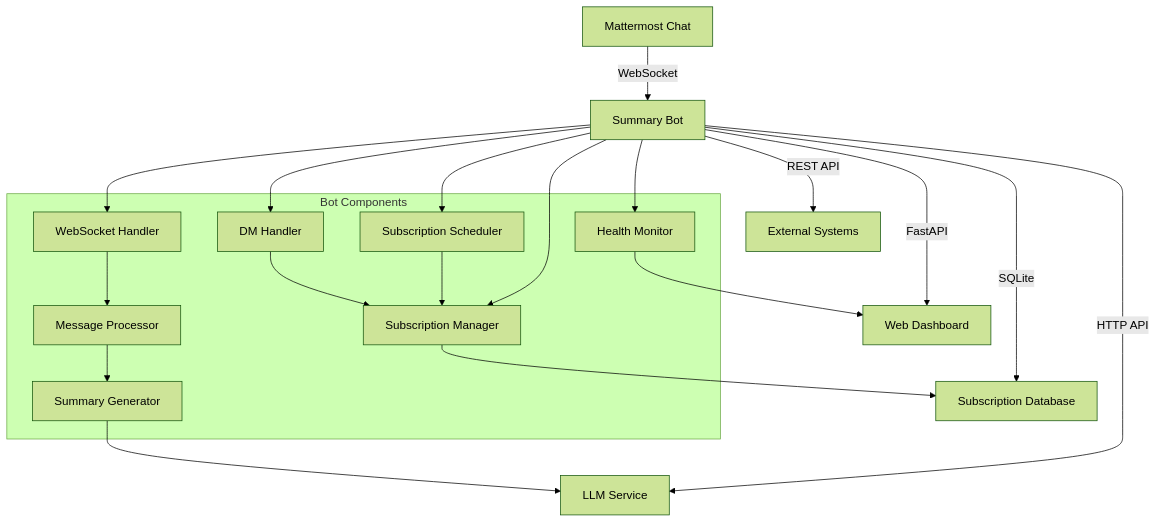
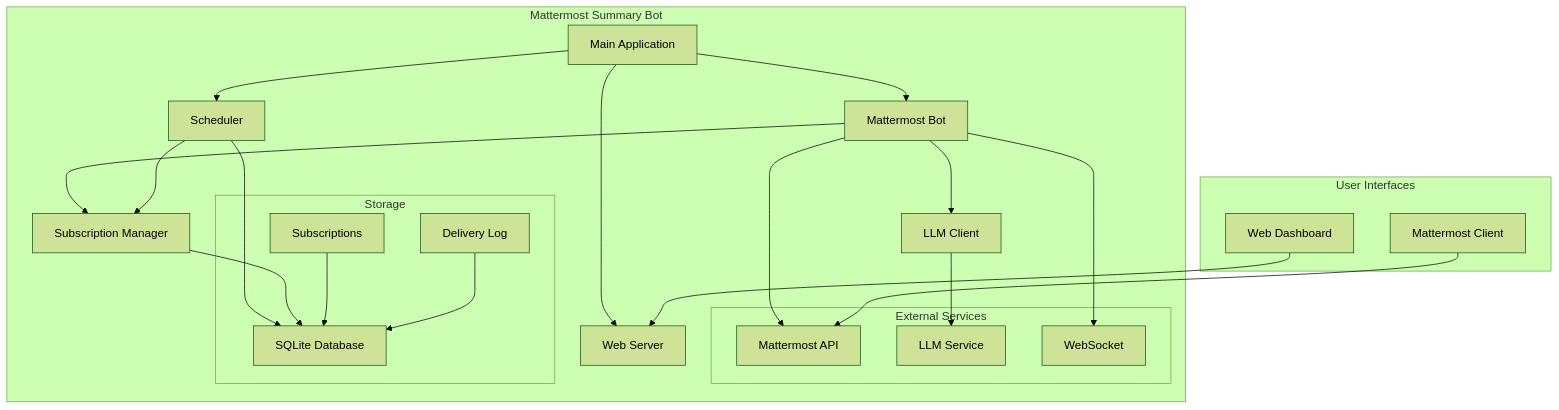
The diagram in README.md (chastnik/mm_bot_summary), drawn with Mermaid (forest theme) before and after one commit. The commit also changed other lines of this file and 10 other files, not shown here.

````diff
--- a/README.md
+++ b/README.md
@@ -40,31 +36,43 @@
 ```mermaid
-graph TD
-    A[Mattermost Chat] -->|WebSocket| B[Summary Bot]
-    B -->|HTTP API| C[LLM Service]
-    B -->|FastAPI| D[Web Dashboard]
-    B -->|REST API| E[External Systems]
-    B -->|SQLite| F[Subscription Database]
-    
-    subgraph "Bot Components"
-        G[WebSocket Handler]
-        H[Message Processor] 
-        I[Summary Generator]
-        J[Health Monitor]
-        K[Subscription Manager]
-        L[Subscription Scheduler]
-        M[DM Handler]
+graph TB
+    subgraph "Mattermost Summary Bot"
+        A[Main Application] --> B[Mattermost Bot]
+        A --> C[Web Server]
+        A --> D[Scheduler]
+        
+        B --> E[Subscription Manager]
+        B --> F[LLM Client]
+        
+        D --> E
+        D --> G[Database]
+        
+        E --> G
+        
+        subgraph "External Services"
+            H[Mattermost API]
+            I[LLM Service]
+            J[WebSocket]
+        end
+        
+        B --> H
+        B --> J
+        F --> I
+        
+        subgraph "Storage"
+            G[SQLite Database]
+            K[Subscriptions]
+            L[Delivery Log]
+        end
+        
+        K --> G
+        L --> G
     end
     
-    B --> G
-    G --> H
-    H --> I
-    I --> C
-    B --> J
-    J --> D
-    B --> K
-    K --> F
-    B --> L
-    L --> K
-    B --> M
-    M --> K
+    subgraph "User Interfaces"
+        M[Mattermost Client]
+        N[Web Dashboard]
+    end
+    
+    M --> H
+    N --> C
 ```
````
